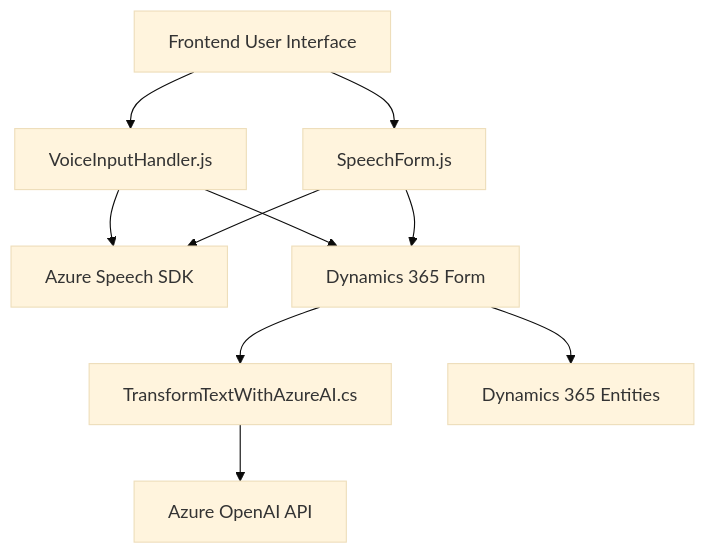
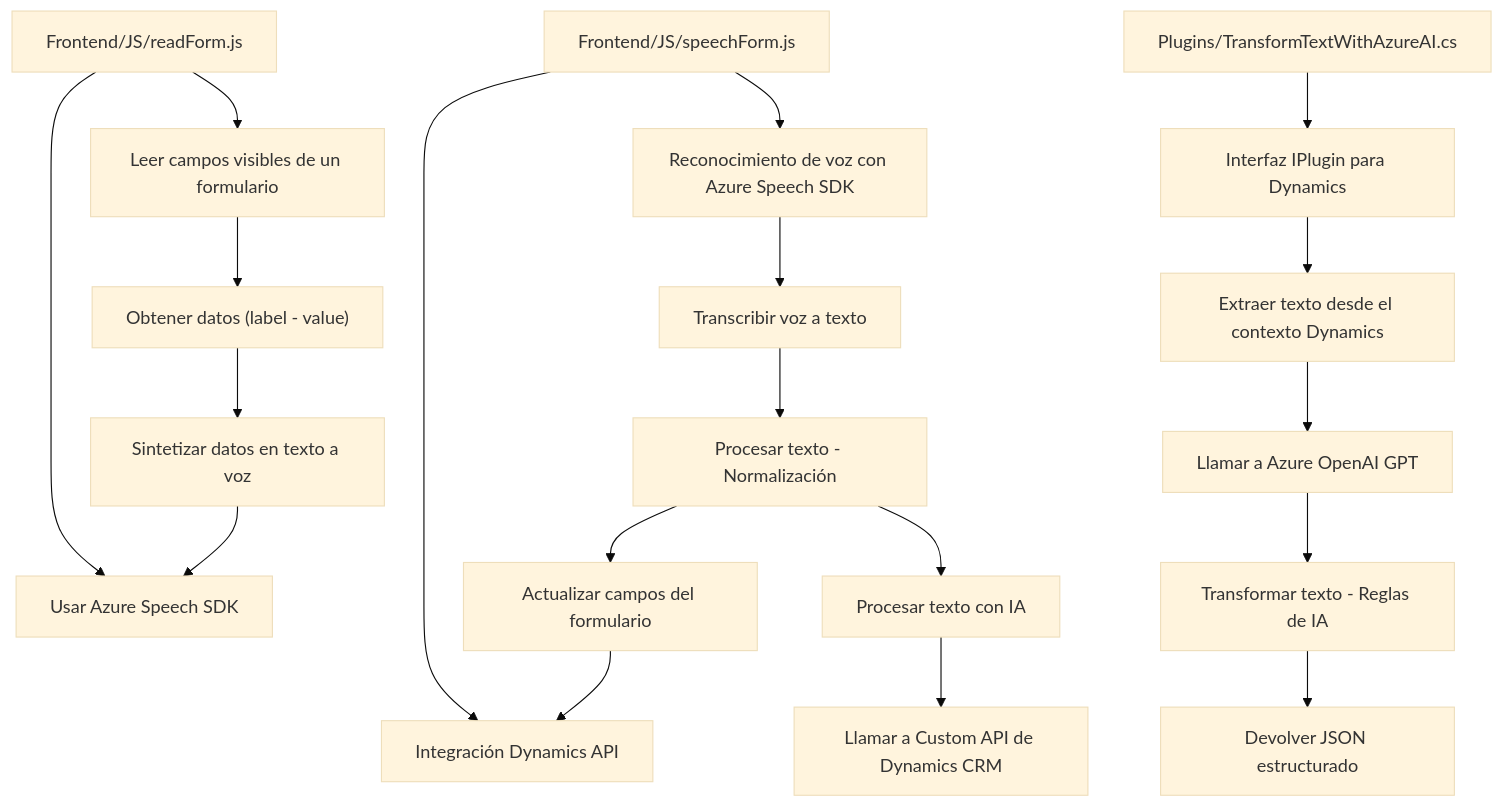
The diagram in README.md (blopezdm/NETCORE_BILBAO2025), drawn with Mermaid (base theme) before and after one commit. The commit also changed other lines of this file, not shown here.

Commit message:
Actualizar análisis global de la solución con IA

````diff
--- a/README.md
+++ b/README.md
@@ -44,21 +37,23 @@
 ```mermaid
 graph TD
-    A["Frontend User Interface"]
-    B["VoiceInputHandler.js"]
-    C["SpeechForm.js"]
-    D["Azure Speech SDK"]
-    E["Dynamics 365 Form"]
-    F["TransformTextWithAzureAI.cs"]
-    G["Azure OpenAI API"]
-    H["Dynamics 365 Entities"]
+    A["Frontend/JS/readForm.js"] --> B["Leer campos visibles de un formulario"]
+    B --> C["Obtener datos (label - value)"]
+    C --> D["Sintetizar datos en texto a voz"]
+    D --> E["Usar Azure Speech SDK"]
+    A --> E
 
-    A --> B
-    A --> C
-    B --> D
-    C --> D
-    B --> E
-    C --> E
-    E --> F
-    F --> G
-    E --> H
+    F["Frontend/JS/speechForm.js"] --> G["Reconocimiento de voz con Azure Speech SDK"]
+    G --> H["Transcribir voz a texto"]
+    H --> I["Procesar texto - Normalización"]
+    I --> J["Actualizar campos del formulario"]
+    J --> K["Integración Dynamics API"]
+    F --> K
+    I --> L["Procesar texto con IA"]
+    L --> M["Llamar a Custom API de Dynamics CRM"]
+
+    N["Plugins/TransformTextWithAzureAI.cs"] --> O["Interfaz IPlugin para Dynamics"]
+    O --> P["Extraer texto desde el contexto Dynamics"]
+    P --> Q["Llamar a Azure OpenAI GPT"]
+    Q --> R["Transformar texto - Reglas de IA"]
+    R --> S["Devolver JSON estructurado"]
 ```
````
